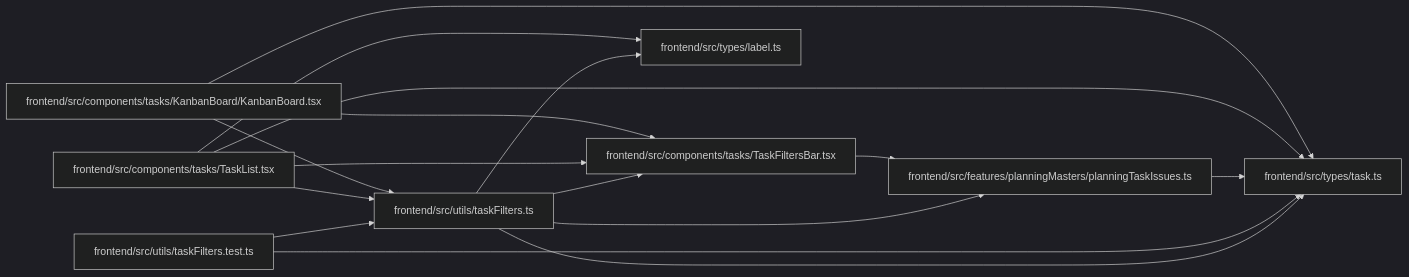
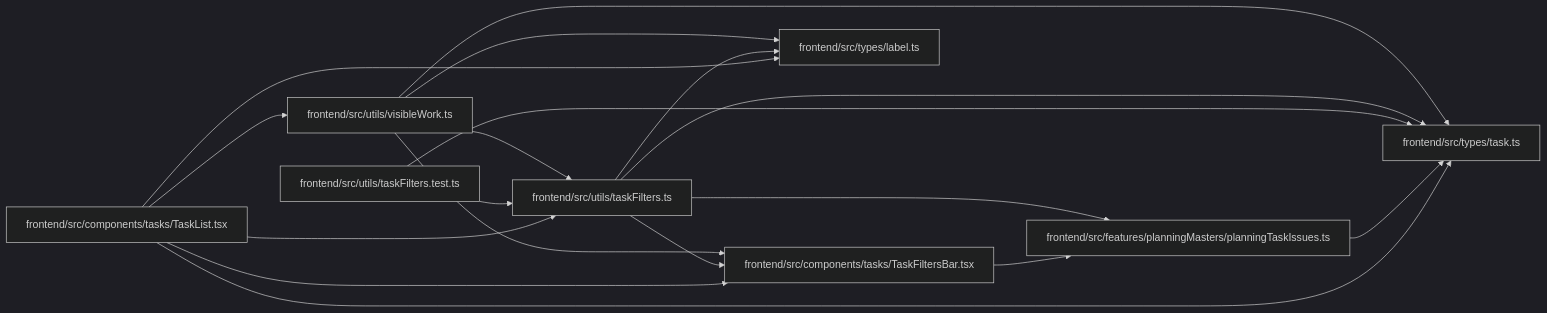
The diagram in docs/llm_wiki/modules/taskFilters.md (Denissvgn/WorkChord), drawn with Mermaid (dark theme) before and after one commit. The commit also changed other lines of this file and 958 other files, not shown here.

First line of the commit message:
docs(wiki): refresh identity and recovery architecture

````diff
--- a/docs/llm_wiki/modules/taskFilters.md
+++ b/docs/llm_wiki/modules/taskFilters.md
@@ -27,34 +27,36 @@
 ```mermaid
 flowchart LR
-    n0["frontend/src/components/tasks/KanbanBoard/KanbanBoard.tsx"]
-    n1["frontend/src/components/tasks/TaskFiltersBar.tsx"]
-    n2["frontend/src/components/tasks/TaskList.tsx"]
-    n3["frontend/src/features/planningMasters/planningTaskIssues.ts"]
-    n4["frontend/src/types/label.ts"]
-    n5["frontend/src/types/task.ts"]
-    n6["frontend/src/utils/taskFilters.test.ts"]
-    n7["frontend/src/utils/taskFilters.ts"]
-    n0 --> n1
-    n0 --> n5
-    n0 --> n7
+    n0["frontend/src/components/tasks/TaskFiltersBar.tsx"]
+    n1["frontend/src/components/tasks/TaskList.tsx"]
+    n2["frontend/src/features/planningMasters/planningTaskIssues.ts"]
+    n3["frontend/src/types/label.ts"]
+    n4["frontend/src/types/task.ts"]
+    n5["frontend/src/utils/taskFilters.test.ts"]
+    n6["frontend/src/utils/taskFilters.ts"]
+    n7["frontend/src/utils/visibleWork.ts"]
+    n0 --> n2
+    n1 --> n0
     n1 --> n3
-    n2 --> n1
+    n1 --> n4
+    n1 --> n6
+    n1 --> n7
     n2 --> n4
-    n2 --> n5
-    n2 --> n7
-    n3 --> n5
-    n6 --> n5
-    n6 --> n7
-    n7 --> n1
+    n5 --> n4
+    n5 --> n6
+    n6 --> n0
+    n6 --> n2
+    n6 --> n3
+    n6 --> n4
+    n7 --> n0
     n7 --> n3
     n7 --> n4
-    n7 --> n5
-    click n0 "../modules/KanbanBoard.md"
-    click n1 "../modules/TaskFiltersBar.md"
-    click n2 "../modules/TaskList.md"
-    click n3 "../modules/planningTaskIssues.md"
-    click n4 "../modules/types_label.md"
-    click n5 "../modules/types_task.md"
-    click n6 "../modules/taskFilters.test.md"
-    click n7 "../modules/taskFilters.md"
+    n7 --> n6
+    click n0 "../modules/TaskFiltersBar.md"
+    click n1 "../modules/TaskList.md"
+    click n2 "../modules/planningTaskIssues.md"
+    click n3 "../modules/types_label.md"
+    click n4 "../modules/types_task.md"
+    click n5 "../modules/taskFilters.test.md"
+    click n6 "../modules/taskFilters.md"
+    click n7 "../modules/visibleWork.md"
 ```
````
